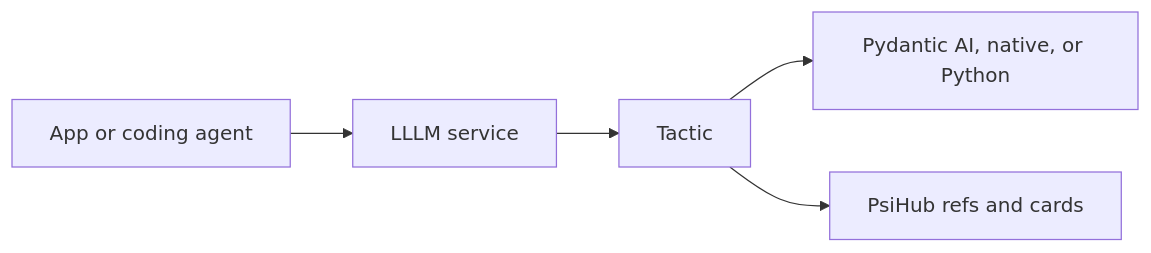
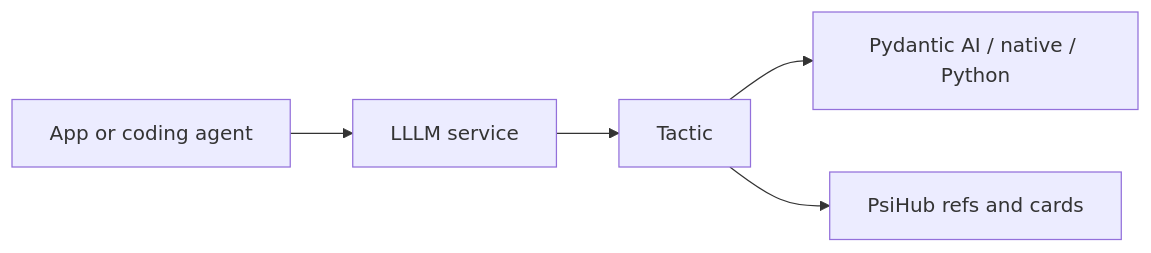
The diagram in docs/index.md (Productive-Superintelligence/lllm), drawn with Mermaid before and after one commit. The commit also changed 4 other files, not shown here.

Commit message:
Render docs Mermaid flowcharts

````diff
--- a/docs/index.md
+++ b/docs/index.md
@@ -69,7 +69,7 @@
 ```mermaid
 flowchart LR
-  A[App or coding agent] --> B[LLLM service]
-  B --> C[Tactic]
-  C --> D[Pydantic AI, native, or Python]
-  C --> E[PsiHub refs and cards]
+  A["App or coding agent"] --> B["LLLM service"]
+  B --> C["Tactic"]
+  C --> D["Pydantic AI / native / Python"]
+  C --> E["PsiHub refs and cards"]
 ```
````
